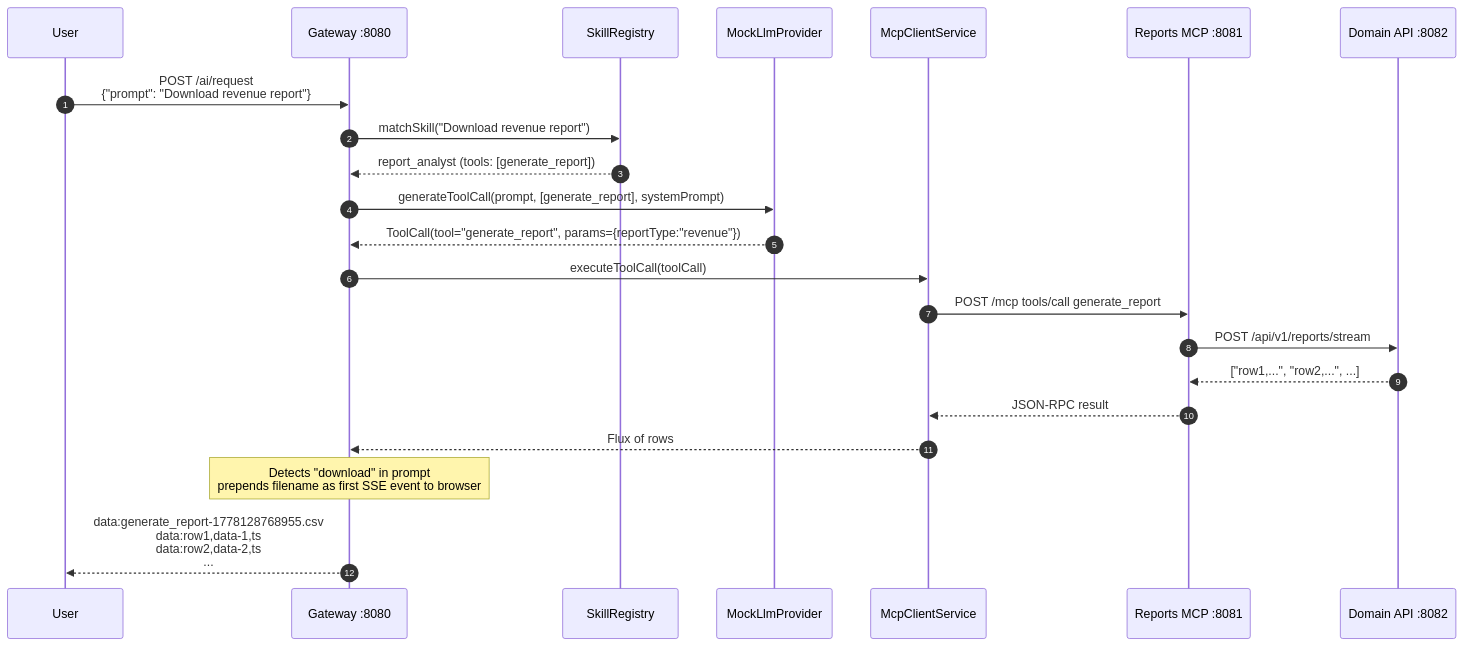
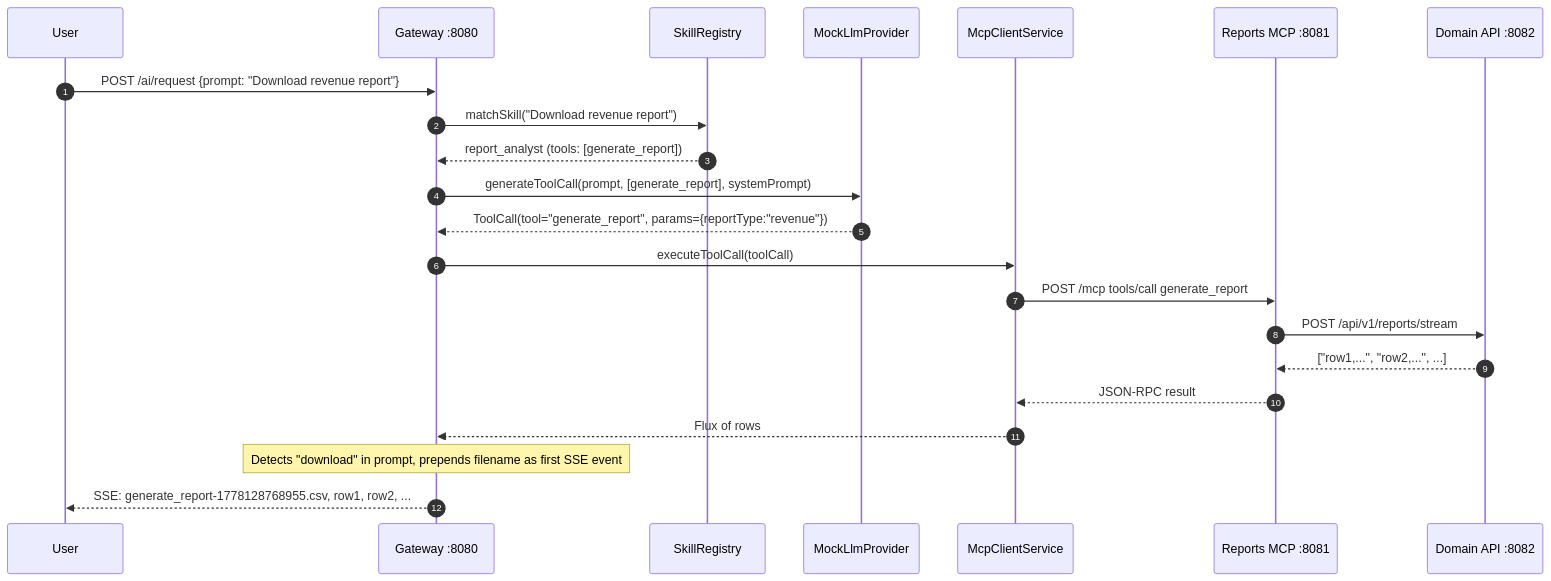
One commit to rajashashankmuppirala/mcp-poc changed the eighth of 16 diagrams in docs/ARCHITECTURE_V2.md. Above: the diagram before and after it, drawn with Mermaid. The commit also changed other lines of this file, not shown here.

````diff
--- a/docs/ARCHITECTURE_V2.md
+++ b/docs/ARCHITECTURE_V2.md
@@ -358,27 +386,27 @@
 ```mermaid
 sequenceDiagram
     autonumber
     participant User as User
     participant GW as Gateway :8080
     participant SR as SkillRegistry
     participant LLM as MockLlmProvider
     participant MC as McpClientService
     participant RMCP as Reports MCP :8081
     participant DA as Domain API :8082
 
-    User->>GW: POST /ai/request<br/>{"prompt": "Download revenue report"}
+    User->>GW: POST /ai/request {prompt: "Download revenue report"}
     GW->>SR: matchSkill("Download revenue report")
     SR-->>GW: report_analyst (tools: [generate_report])
     GW->>LLM: generateToolCall(prompt, [generate_report], systemPrompt)
     LLM-->>GW: ToolCall(tool="generate_report", params={reportType:"revenue"})
 
     GW->>MC: executeToolCall(toolCall)
     MC->>RMCP: POST /mcp tools/call generate_report
     RMCP->>DA: POST /api/v1/reports/stream
     DA-->>RMCP: ["row1,...", "row2,...", ...]
     RMCP-->>MC: JSON-RPC result
     MC-->>GW: Flux of rows
 
-    Note over GW: Detects "download" in prompt<br/>prepends filename as first SSE event to browser
-    GW-->>User: data:generate_report-1778128768955.csv<br/>data:row1,data-1,ts<br/>data:row2,data-2,ts<br/>...
+    Note over GW: Detects "download" in prompt, prepends filename as first SSE event
+    GW-->>User: SSE: generate_report-1778128768955.csv, row1, row2, ...
 ```
````
